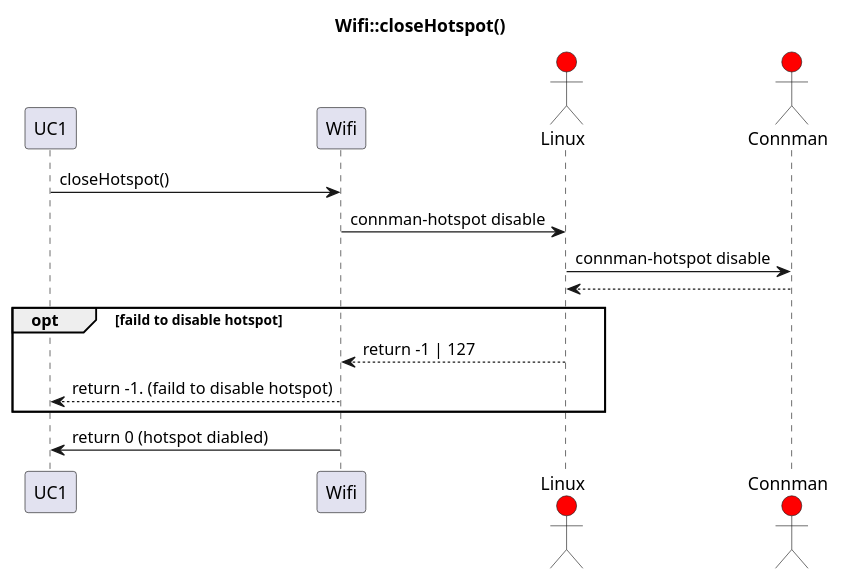
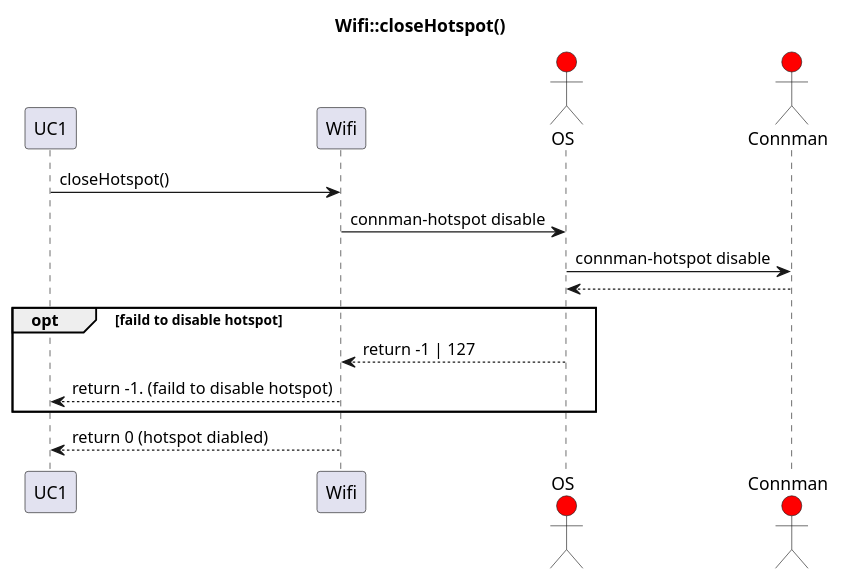
The diagram in Diagrammer/Robo_Sumo_Battle/Communication/Sekvensdiagrammer/Wifi/Wifi_closeHotspot.plantuml (Solvgraa-mager/E3PRJ3), drawn with PlantUML before and after one commit. The commit also changed 24 other files, not shown here.

```diff
--- a/Diagrammer/Robo_Sumo_Battle/Communication/Sekvensdiagrammer/Wifi/Wifi_closeHotspot.plantuml
+++ b/Diagrammer/Robo_Sumo_Battle/Communication/Sekvensdiagrammer/Wifi/Wifi_closeHotspot.plantuml
@@ -1,18 +1,18 @@
 @startuml
 title Wifi::closeHotspot()
 participant UC1
 participant Wifi
-actor Linux #red
+actor OS #red
 actor Connman #red
 
 UC1 -> Wifi : closeHotspot()
-Wifi -> Linux : connman-hotspot disable
-Linux -> Connman : connman-hotspot disable
-Linux <-- Connman
+Wifi -> OS : connman-hotspot disable
+OS -> Connman : connman-hotspot disable
+OS <-- Connman
 opt faild to disable hotspot
-    Linux --> Wifi : return -1 | 127
+    OS --> Wifi : return -1 | 127
     Wifi --> UC1 : return -1. (faild to disable hotspot)
 end
-UC1 <- Wifi : return 0 (hotspot diabled)
+UC1 <-- Wifi : return 0 (hotspot diabled)
 
 @enduml
```
